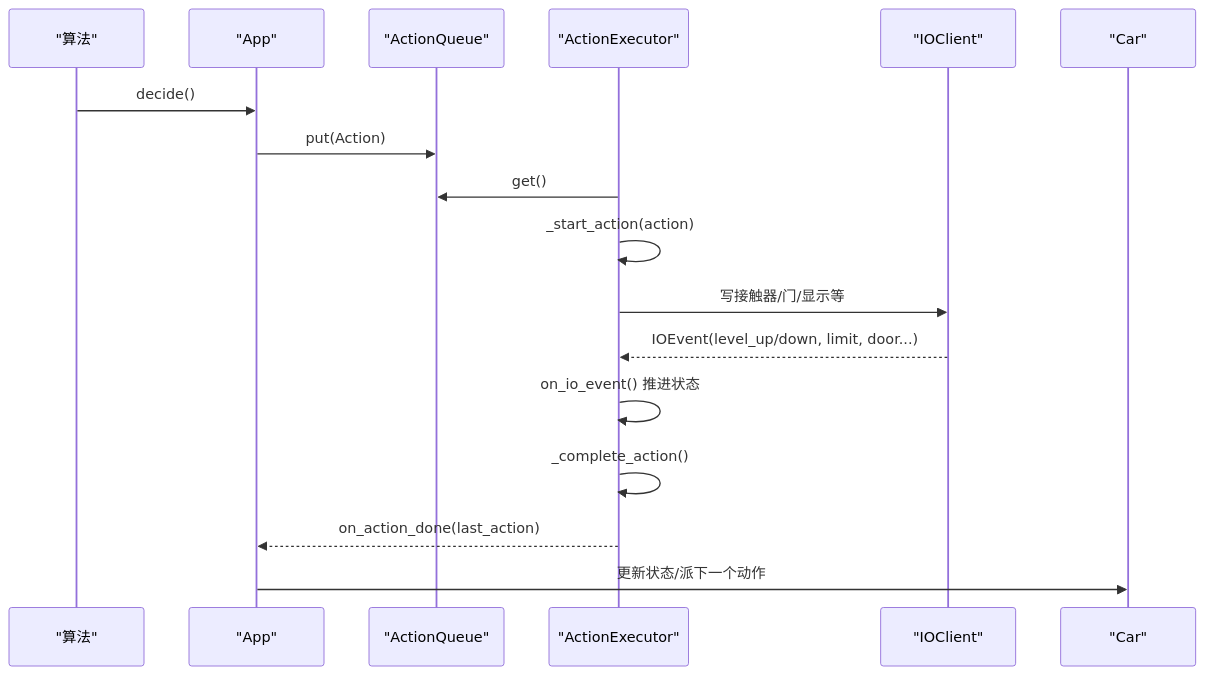
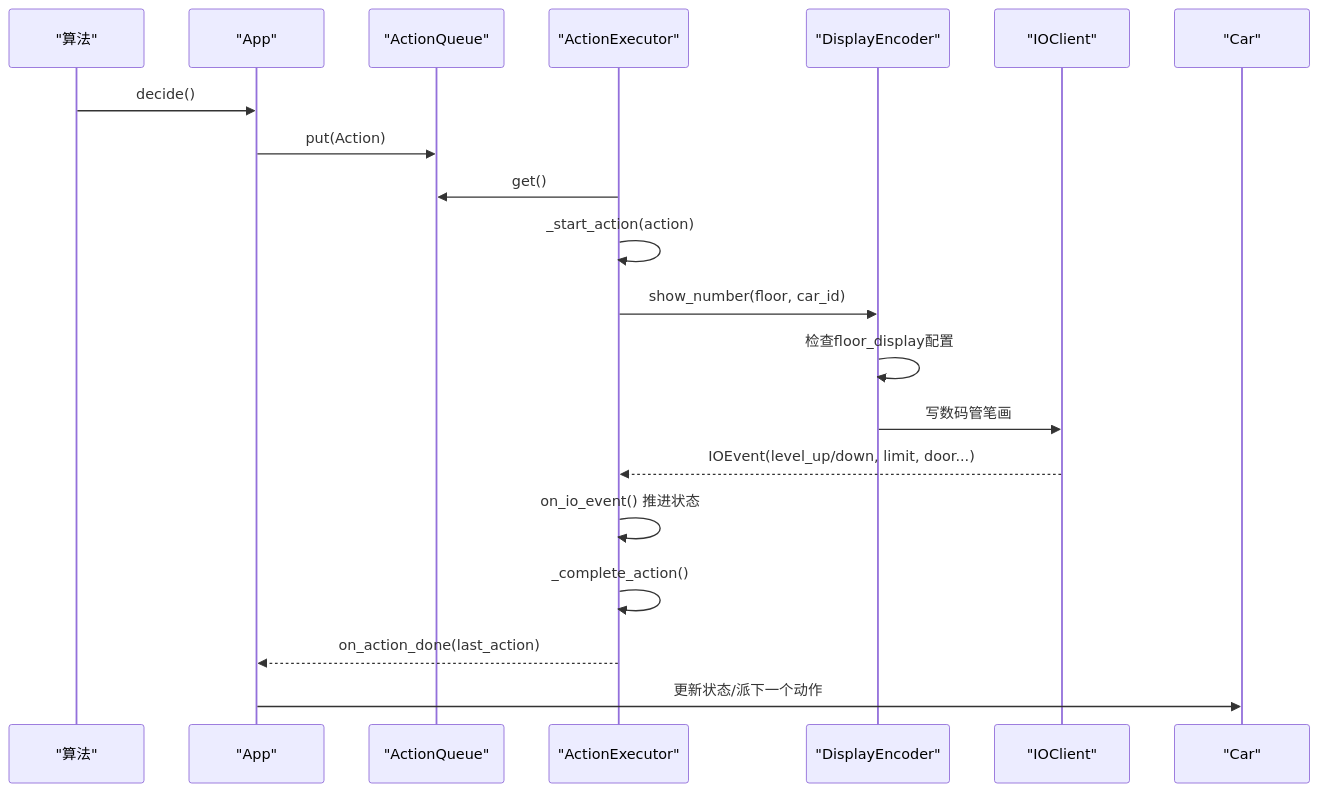
One commit to xmb505/Haku_EET changed the third of 8 diagrams in .qoder/repowiki/zh/content/接口契约.md. Above: the diagram before and after it, drawn with Mermaid. The commit also changed other lines of this file and 37 other files, not shown here.

First line of the commit message:
docs(architecture): 更新三层架构和模块职责说明

````diff
--- a/.qoder/repowiki/zh/content/接口契约.md
+++ b/.qoder/repowiki/zh/content/接口契约.md
@@ -150,19 +162,22 @@
 ```mermaid
 sequenceDiagram
 participant ALG as "算法"
 participant APP as "App"
 participant Q as "ActionQueue"
 participant EXE as "ActionExecutor"
+participant DISP as "DisplayEncoder"
 participant IO as "IOClient"
 participant CAR as "Car"
 ALG->>APP : decide()
 APP->>Q : put(Action)
 EXE->>Q : get()
 EXE->>EXE : _start_action(action)
-EXE->>IO : 写接触器/门/显示等
+EXE->>DISP : show_number(floor, car_id)
+DISP->>DISP : 检查floor_display配置
+DISP->>IO : 写数码管笔画
 IO-->>EXE : IOEvent(level_up/down, limit, door...)
 EXE->>EXE : on_io_event() 推进状态
 EXE->>EXE : _complete_action()
 EXE-->>APP : on_action_done(last_action)
 APP->>CAR : 更新状态/派下一个动作
 ```
````
